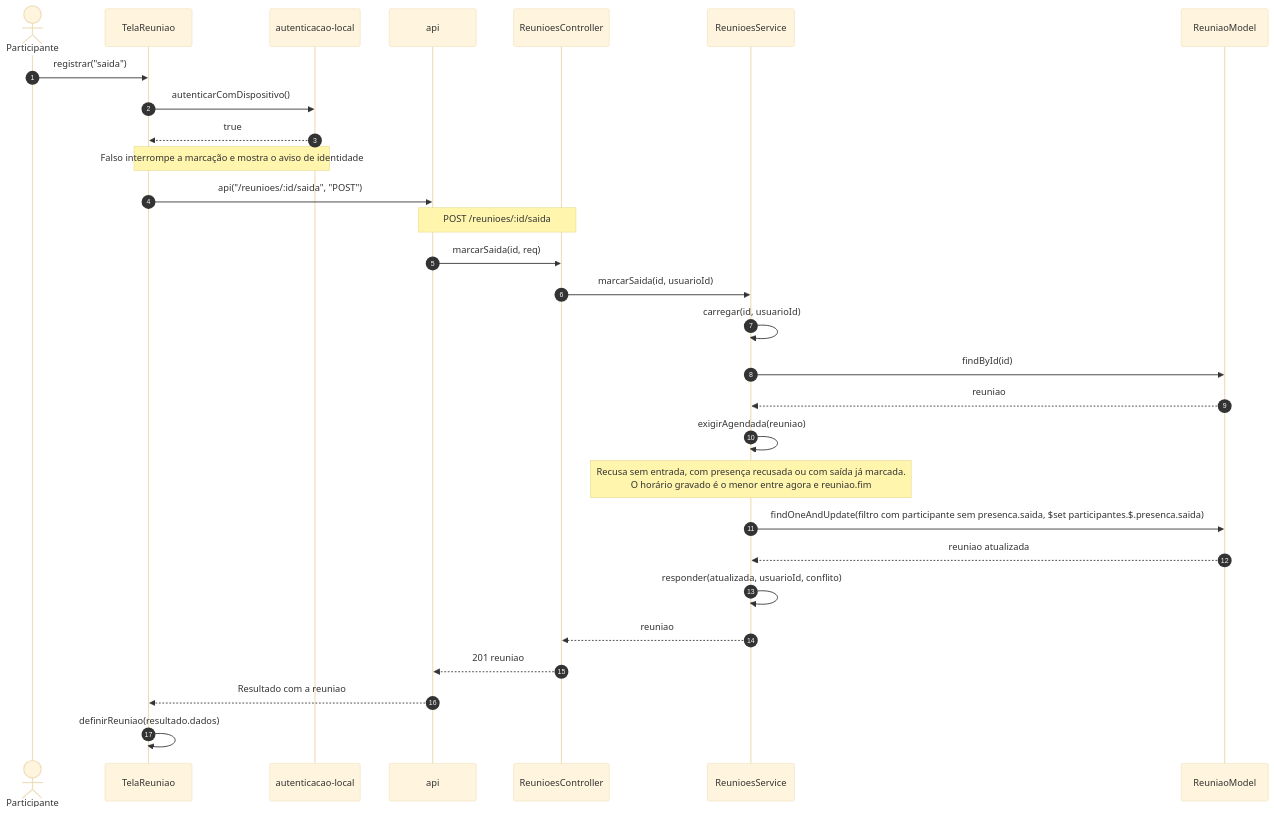
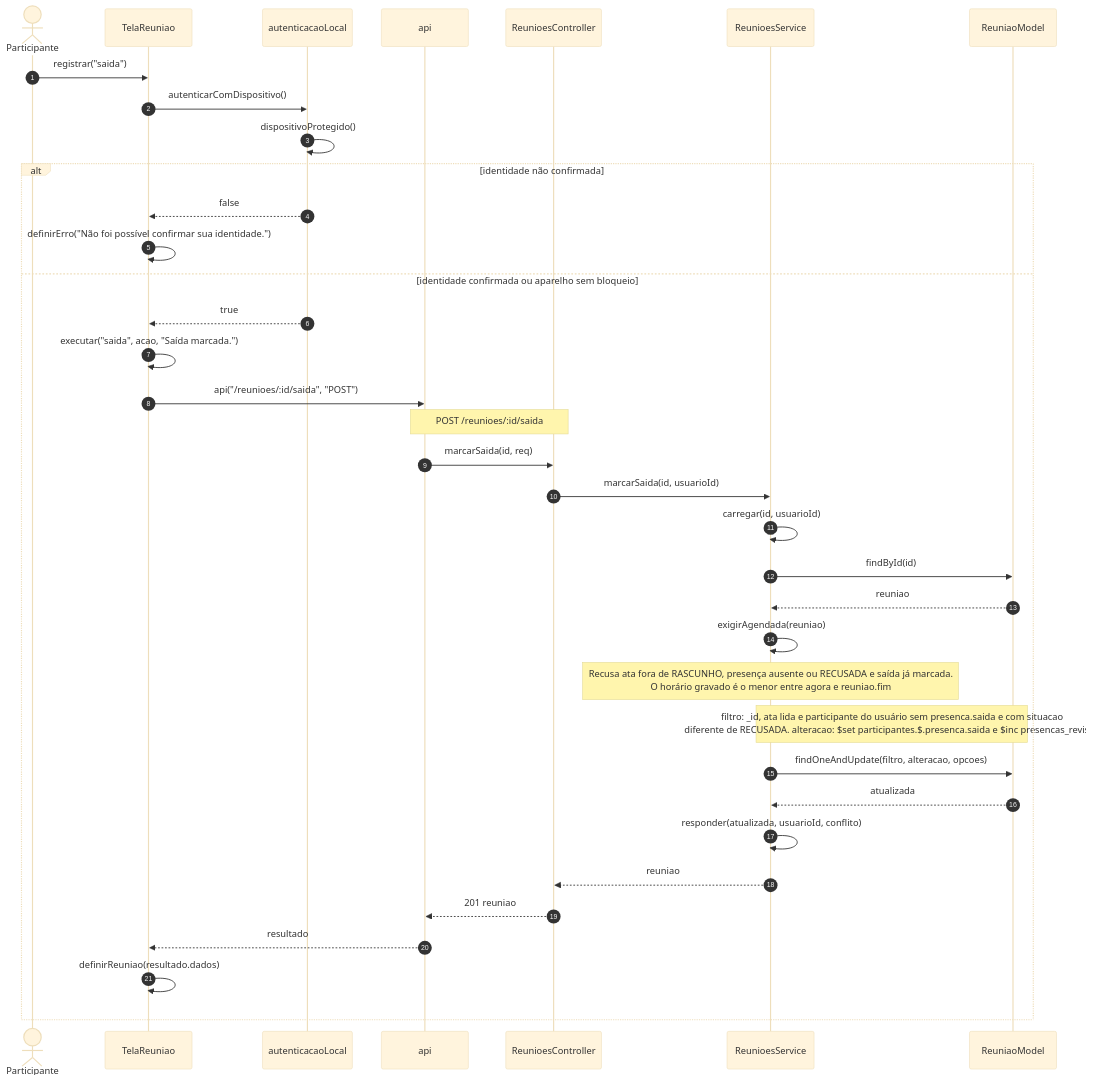
The seventh of 20 diagrams in 3 - Incremento2/reunioes/6 - diagramas-sequencia-reunioes.md (Conecta-IFSP/DOCUMENTATION), drawn with Mermaid (base theme) before and after one commit. The commit also changed other lines of this file and 10 other files, not shown here.

````diff
--- a/3 - Incremento2/reunioes/6 - diagramas-sequencia-reunioes.md
+++ b/3 - Incremento2/reunioes/6 - diagramas-sequencia-reunioes.md
@@ -221,31 +276,38 @@
 ```mermaid
 sequenceDiagram
     autonumber
     actor U as Participante
     participant T as TelaReuniao
-    participant L as autenticacao-local
+    participant L as autenticacaoLocal
     participant A as api
     participant C as ReunioesController
     participant S as ReunioesService
     participant M as ReuniaoModel
     U->>T: registrar("saida")
     T->>L: autenticarComDispositivo()
-    L-->>T: true
-    Note over T,L: Falso interrompe a marcação e mostra o aviso de identidade
-    T->>A: api("/reunioes/:id/saida", "POST")
-    Note over A,C: POST /reunioes/:id/saida
-    A->>C: marcarSaida(id, req)
-    C->>S: marcarSaida(id, usuarioId)
-    S->>S: carregar(id, usuarioId)
-    S->>M: findById(id)
-    M-->>S: reuniao
-    S->>S: exigirAgendada(reuniao)
-    Note over S: Recusa sem entrada, com presença recusada ou com saída já marcada.<br/>O horário gravado é o menor entre agora e reuniao.fim
-    S->>M: findOneAndUpdate(filtro com participante sem presenca.saida, $set participantes.$.presenca.saida)
-    M-->>S: reuniao atualizada
-    S->>S: responder(atualizada, usuarioId, conflito)
-    S-->>C: reuniao
-    C-->>A: 201 reuniao
-    A-->>T: Resultado com a reuniao
-    T->>T: definirReuniao(resultado.dados)
+    L->>L: dispositivoProtegido()
+    alt identidade não confirmada
+        L-->>T: false
+        T->>T: definirErro("Não foi possível confirmar sua identidade.")
+    else identidade confirmada ou aparelho sem bloqueio
+        L-->>T: true
+        T->>T: executar("saida", acao, "Saída marcada.")
+        T->>A: api("/reunioes/:id/saida", "POST")
+        Note over A,C: POST /reunioes/:id/saida
+        A->>C: marcarSaida(id, req)
+        C->>S: marcarSaida(id, usuarioId)
+        S->>S: carregar(id, usuarioId)
+        S->>M: findById(id)
+        M-->>S: reuniao
+        S->>S: exigirAgendada(reuniao)
+        Note over S: Recusa ata fora de RASCUNHO, presença ausente ou RECUSADA e saída já marcada.<br/>O horário gravado é o menor entre agora e reuniao.fim
+        Note over S,M: filtro: _id, ata lida e participante do usuário sem presenca.saida e com situacao<br/>diferente de RECUSADA. alteracao: $set participantes.$.presenca.saida e $inc presencas_revisao
+        S->>M: findOneAndUpdate(filtro, alteracao, opcoes)
+        M-->>S: atualizada
+        S->>S: responder(atualizada, usuarioId, conflito)
+        S-->>C: reuniao
+        C-->>A: 201 reuniao
+        A-->>T: resultado
+        T->>T: definirReuniao(resultado.dados)
+    end
 ```
````
